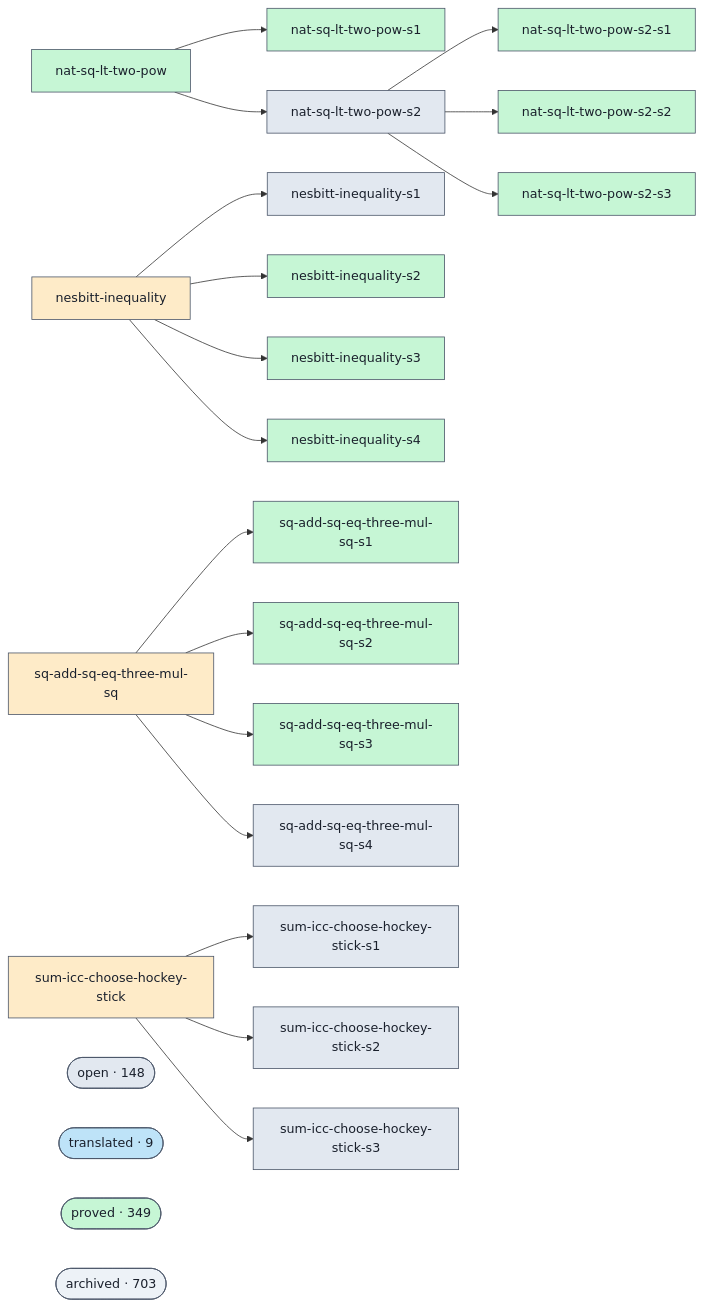
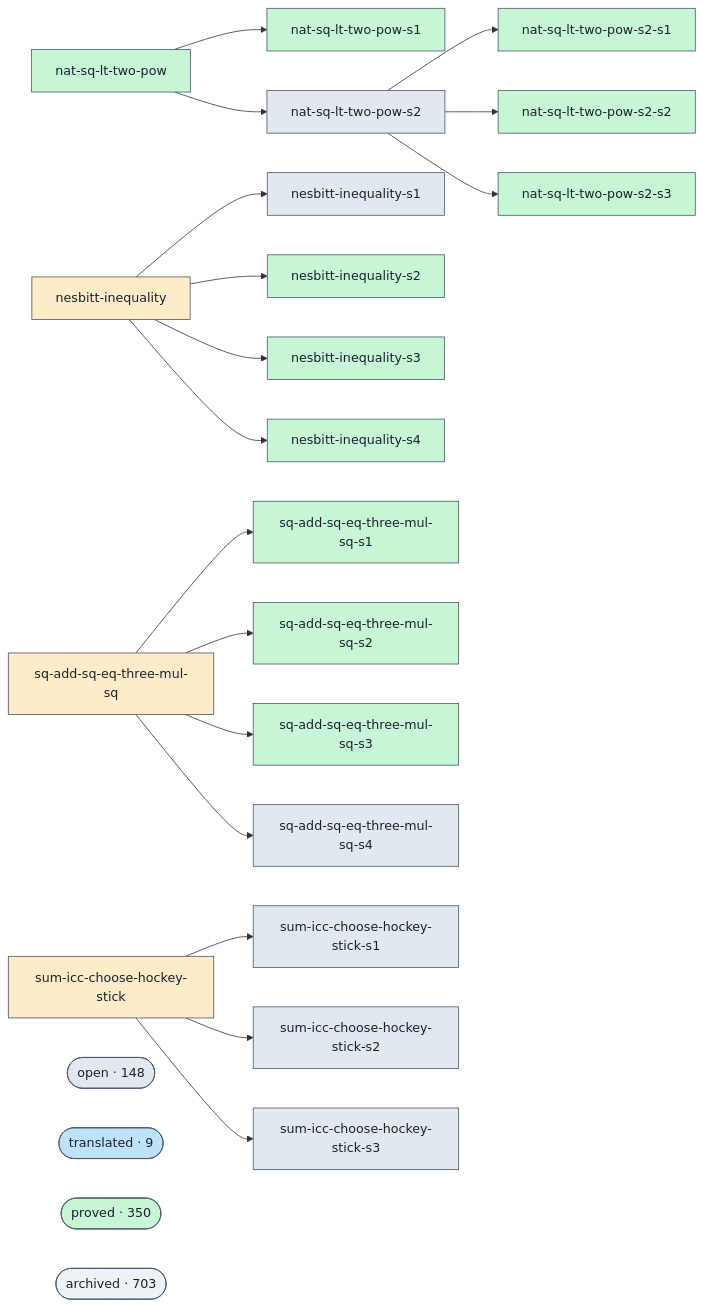
One commit to ohdearquant/unsorry changed the diagram in docs/proofs-contributors-visualisation.md. Above: the diagram before and after it, drawn with Mermaid. The commit also changed other lines of this file and 2 other files, not shown here.

```diff
--- a/docs/proofs-contributors-visualisation.md
+++ b/docs/proofs-contributors-visualisation.md
@@ -102,7 +102,7 @@
   class cluster_open open;
   cluster_translated(["translated · 9"])
   class cluster_translated translated;
-  cluster_proved(["proved · 349"])
+  cluster_proved(["proved · 350"])
   class cluster_proved proved;
   cluster_archived(["archived · 703"])
   class cluster_archived unknown;
```
